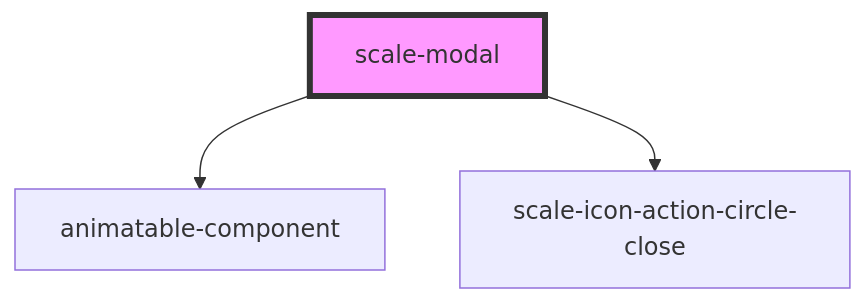
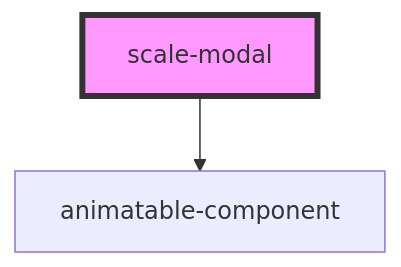
Before and after one commit to gaurishkamat/scale: the diagram in packages/components/src/components/modal/readme.md, drawn with Mermaid. The commit also changed other lines of this file and 8 other files, not shown here.

````diff
--- a/packages/components/src/components/modal/readme.md
+++ b/packages/components/src/components/modal/readme.md
@@ -35,6 +34,5 @@
 ```mermaid
 graph TD;
   scale-modal --> animatable-component
-  scale-modal --> scale-icon-action-circle-close
   style scale-modal fill:#f9f,stroke:#333,stroke-width:4px
 ```
````
